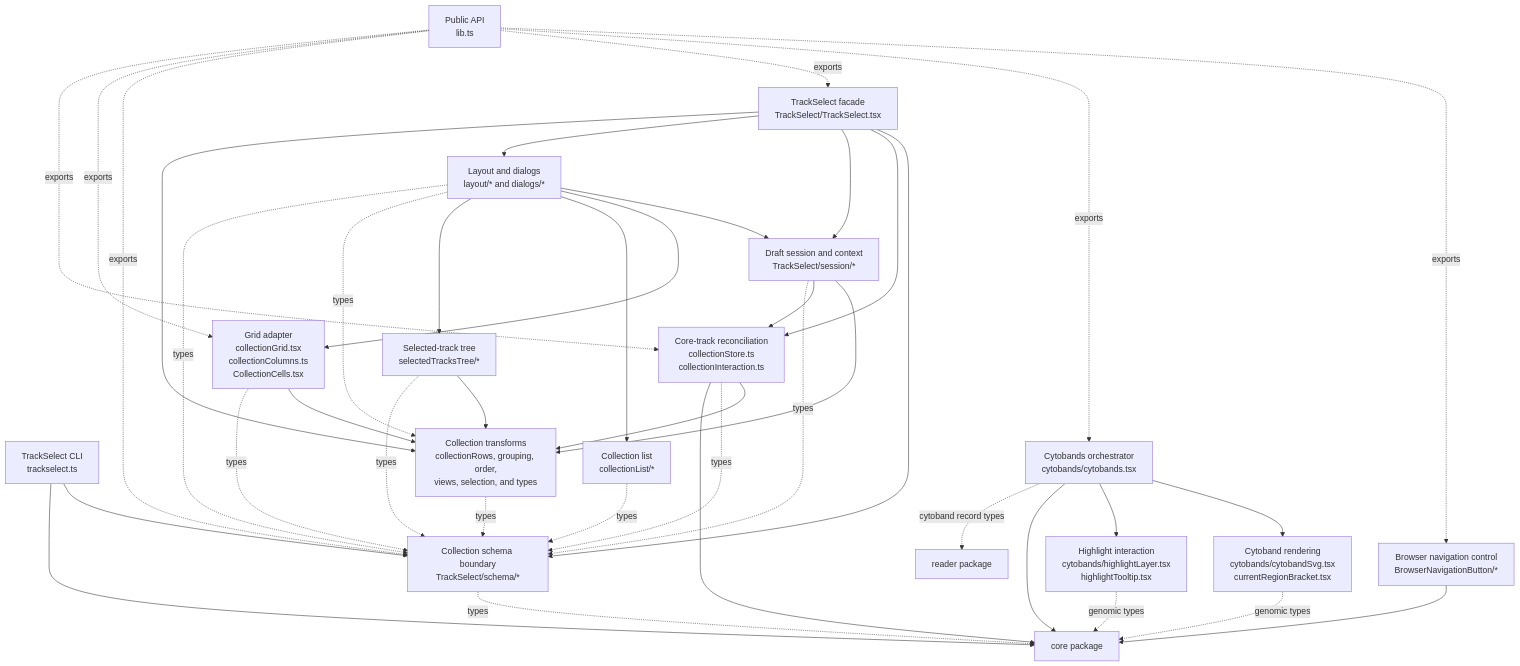
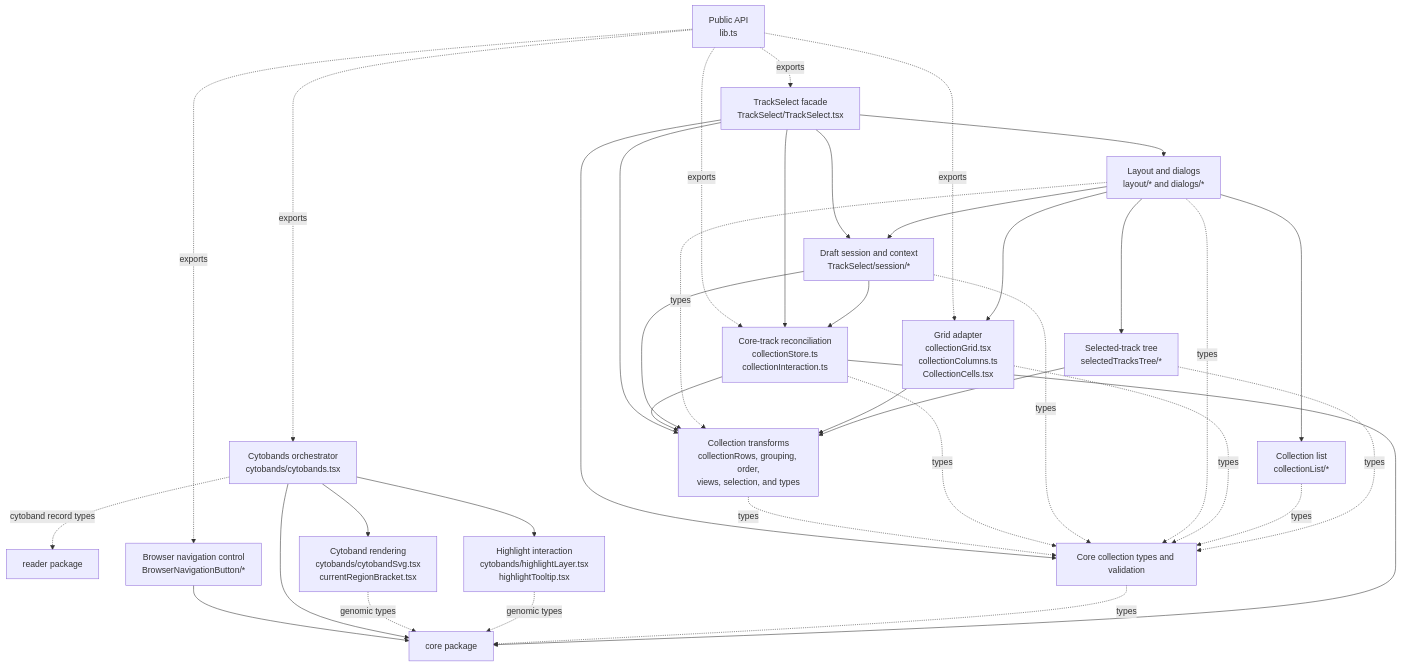
The fourth of 7 diagrams in docs/module-dependencies.md (weng-lab/genomebrowser), drawn with Mermaid before and after one commit. The commit also changed 159 other files, not shown here.

````diff
--- a/docs/module-dependencies.md
+++ b/docs/module-dependencies.md
@@ -242,64 +242,60 @@
 ```mermaid
 flowchart TB
   API["Public API<br/>lib.ts"]
-  CLI["TrackSelect CLI<br/>trackselect.ts"]
   CORE["core package"]
   READER["reader package"]
 
   NAV["Browser navigation control<br/>BrowserNavigationButton/*"]
   CYTO["Cytobands orchestrator<br/>cytobands/cytobands.tsx"]
   CYTO_SVG["Cytoband rendering<br/>cytobands/cytobandSvg.tsx<br/>currentRegionBracket.tsx"]
   HIGHLIGHTS["Highlight interaction<br/>cytobands/highlightLayer.tsx<br/>highlightTooltip.tsx"]
 
   SELECT["TrackSelect facade<br/>TrackSelect/TrackSelect.tsx"]
-  SCHEMA["Collection schema boundary<br/>TrackSelect/schema/*"]
+  SCHEMA["Core collection types and validation"]
   MODEL["Collection transforms<br/>collectionRows, grouping, order,<br/>views, selection, and types"]
   RECONCILE["Core-track reconciliation<br/>collectionStore.ts<br/>collectionInteraction.ts"]
   SESSION["Draft session and context<br/>TrackSelect/session/*"]
   GRID["Grid adapter<br/>collectionGrid.tsx<br/>collectionColumns.ts<br/>CollectionCells.tsx"]
   LIST["Collection list<br/>collectionList/*"]
   TREE["Selected-track tree<br/>selectedTracksTree/*"]
   LAYOUT["Layout and dialogs<br/>layout/* and dialogs/*"]
 
   API -. "exports" .-> NAV
   API -. "exports" .-> CYTO
   API -. "exports" .-> SELECT
-  API -. "exports" .-> SCHEMA
   API -. "exports" .-> GRID
   API -. "exports" .-> RECONCILE
-  CLI --> SCHEMA
-  CLI --> CORE
 
   NAV --> CORE
   CYTO --> CYTO_SVG
   CYTO --> HIGHLIGHTS
   CYTO --> CORE
   CYTO -. "cytoband record types" .-> READER
   CYTO_SVG -. "genomic types" .-> CORE
   HIGHLIGHTS -. "genomic types" .-> CORE
 
   SELECT --> SCHEMA
   SELECT --> RECONCILE
   SELECT --> SESSION
   SELECT --> LAYOUT
   SCHEMA -. "types" .-> CORE
   MODEL -. "types" .-> SCHEMA
   SELECT --> MODEL
   RECONCILE --> MODEL
   RECONCILE -. "types" .-> SCHEMA
   RECONCILE --> CORE
   SESSION --> MODEL
   SESSION --> RECONCILE
   SESSION -. "types" .-> SCHEMA
   LAYOUT --> SESSION
   LAYOUT --> GRID
   LAYOUT --> LIST
   LAYOUT --> TREE
   LAYOUT -. "types" .-> MODEL
   LAYOUT -. "types" .-> SCHEMA
   GRID --> MODEL
   GRID -. "types" .-> SCHEMA
   LIST -. "types" .-> SCHEMA
   TREE --> MODEL
   TREE -. "types" .-> SCHEMA
 ```
````
